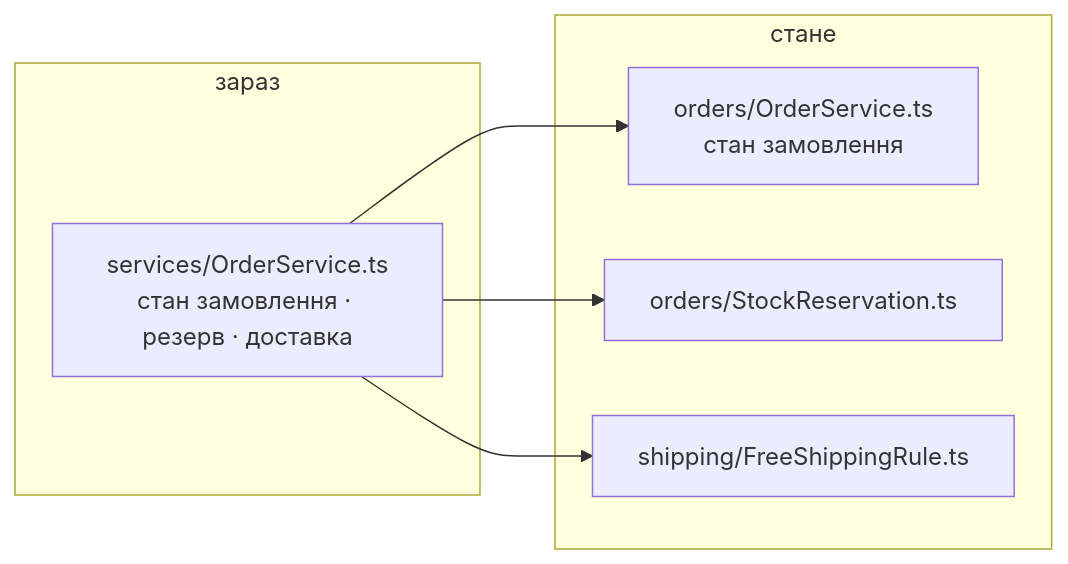
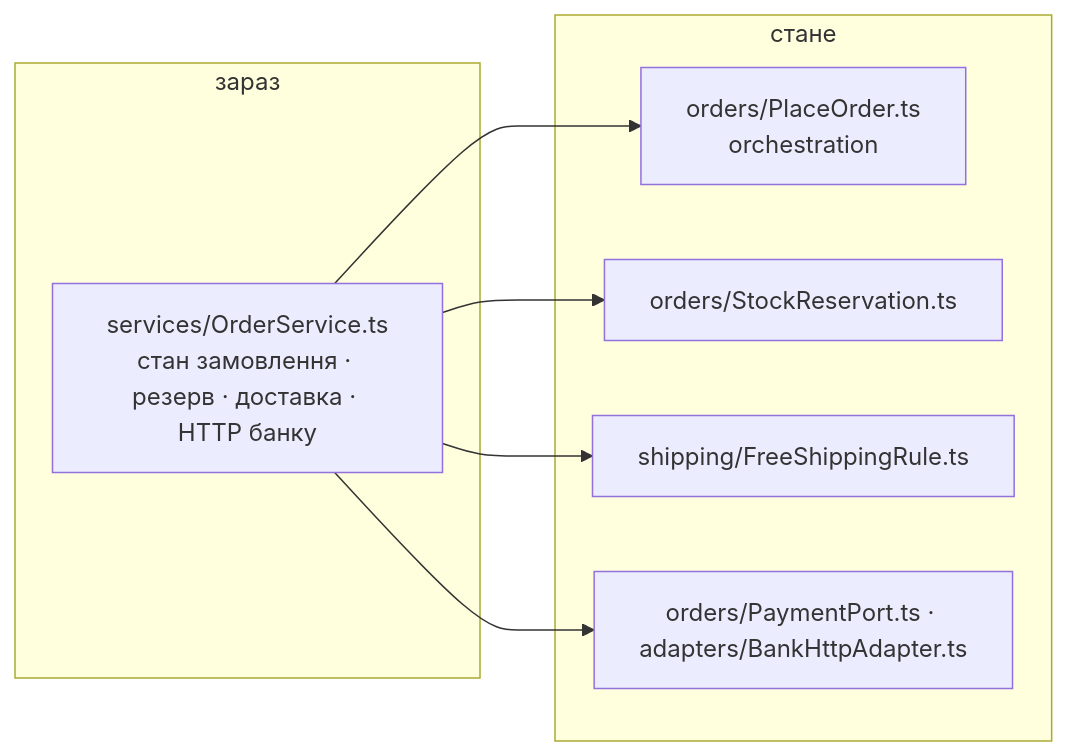
One commit to romxnb/restrukt changed the second of 2 diagrams in skills/restrukt/templates/plan.md. Above: the diagram before and after it, drawn with Mermaid. The commit also changed other lines of this file and 30 other files, not shown here.

````diff
--- a/skills/restrukt/templates/plan.md
+++ b/skills/restrukt/templates/plan.md
@@ -120,12 +104,13 @@
 ```mermaid
 flowchart LR
   subgraph зараз
-    A[services/OrderService.ts<br/>стан замовлення · резерв · доставка]
+    A[services/OrderService.ts<br/>стан замовлення · резерв · доставка · HTTP банку]
   end
   subgraph стане
-    B[orders/OrderService.ts<br/>стан замовлення]
+    B[orders/PlaceOrder.ts<br/>orchestration]
     C[orders/StockReservation.ts]
     D[shipping/FreeShippingRule.ts]
+    E[orders/PaymentPort.ts · adapters/BankHttpAdapter.ts]
   end
-  A --> B & C & D
+  A --> B & C & D & E
 ```
````
